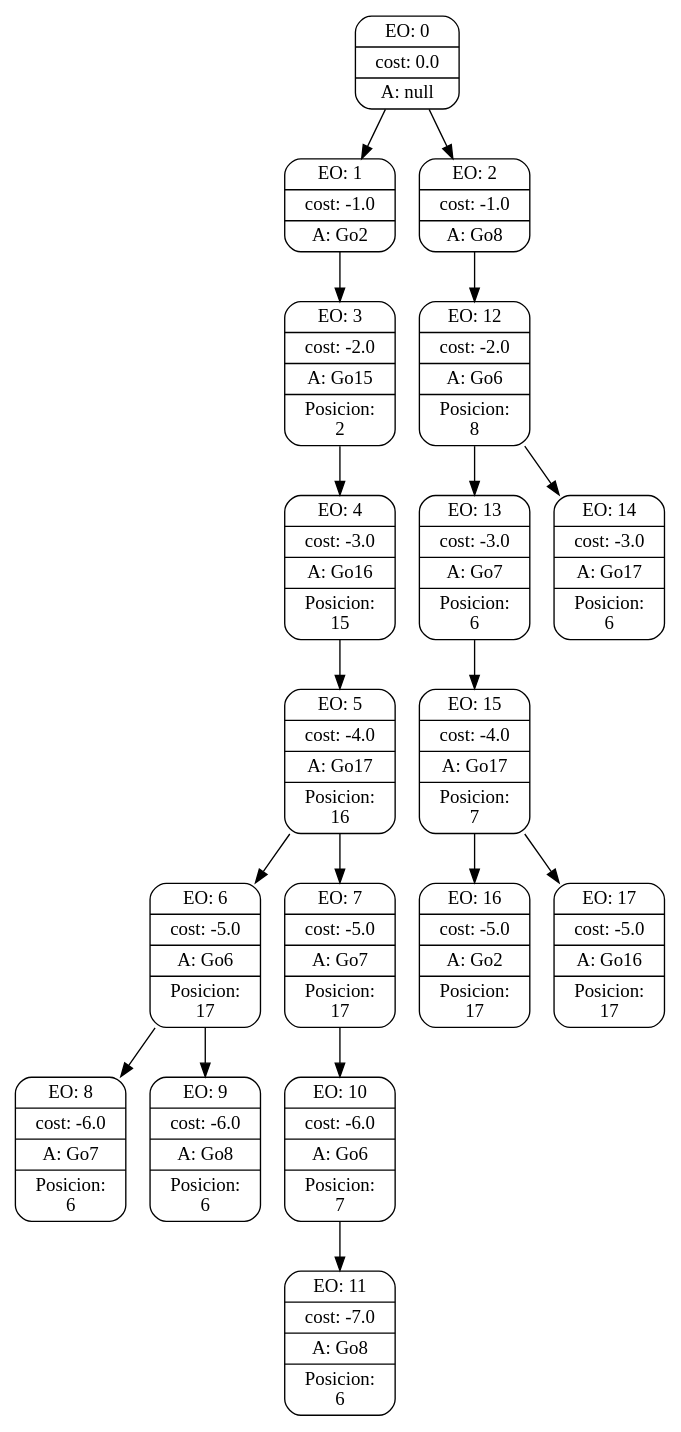
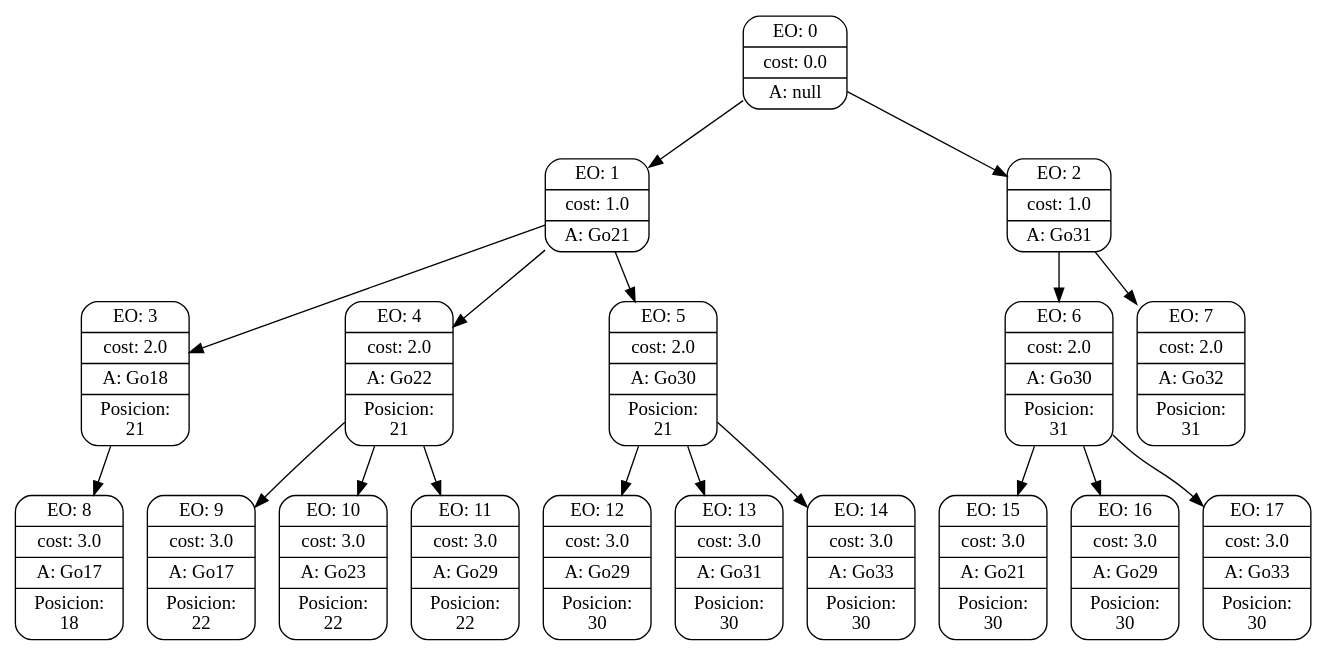
Before and after one commit to lniklison/TP-Inteligencia-artificial: the diagram in searchGVTrees/9.dot, drawn with Graphviz. The commit also changed 26 other files, not shown here.

```diff
--- a/searchGVTrees/9.dot
+++ b/searchGVTrees/9.dot
@@ -1,57 +1,57 @@
 digraph g {
 node [shape = Mrecord];
 nodo0[label="{EO: 0|cost: 0.0|A: null}"]
-nodo1[label="{EO: 1|cost: -1.0|A: Go2}"]
-nodo3[label="{EO: 3|cost: -2.0|A: Go15|Posicion:\n2}"]
-nodo4[label="{EO: 4|cost: -3.0|A: Go16|Posicion:\n15}"]
-nodo5[label="{EO: 5|cost: -4.0|A: Go17|Posicion:\n16}"]
-nodo6[label="{EO: 6|cost: -5.0|A: Go6|Posicion:\n17}"]
-nodo8[label="{EO: 8|cost: -6.0|A: Go7|Posicion:\n6}"]
+nodo1[label="{EO: 1|cost: 1.0|A: Go21}"]
+nodo3[label="{EO: 3|cost: 2.0|A: Go18|Posicion:\n21}"]
+nodo8[label="{EO: 8|cost: 3.0|A: Go17|Posicion:\n18}"]
 
-nodo6 -> nodo8;
-nodo9[label="{EO: 9|cost: -6.0|A: Go8|Posicion:\n6}"]
-
-nodo6 -> nodo9;
-
-nodo5 -> nodo6;
-nodo7[label="{EO: 7|cost: -5.0|A: Go7|Posicion:\n17}"]
-nodo10[label="{EO: 10|cost: -6.0|A: Go6|Posicion:\n7}"]
-nodo11[label="{EO: 11|cost: -7.0|A: Go8|Posicion:\n6}"]
-
-nodo10 -> nodo11;
-
-nodo7 -> nodo10;
-
-nodo5 -> nodo7;
-
-nodo4 -> nodo5;
-
-nodo3 -> nodo4;
+nodo3 -> nodo8;
 
 nodo1 -> nodo3;
+nodo4[label="{EO: 4|cost: 2.0|A: Go22|Posicion:\n21}"]
+nodo9[label="{EO: 9|cost: 3.0|A: Go17|Posicion:\n22}"]
+
+nodo4 -> nodo9;
+nodo10[label="{EO: 10|cost: 3.0|A: Go23|Posicion:\n22}"]
+
+nodo4 -> nodo10;
+nodo11[label="{EO: 11|cost: 3.0|A: Go29|Posicion:\n22}"]
+
+nodo4 -> nodo11;
+
+nodo1 -> nodo4;
+nodo5[label="{EO: 5|cost: 2.0|A: Go30|Posicion:\n21}"]
+nodo12[label="{EO: 12|cost: 3.0|A: Go29|Posicion:\n30}"]
+
+nodo5 -> nodo12;
+nodo13[label="{EO: 13|cost: 3.0|A: Go31|Posicion:\n30}"]
+
+nodo5 -> nodo13;
+nodo14[label="{EO: 14|cost: 3.0|A: Go33|Posicion:\n30}"]
+
+nodo5 -> nodo14;
+
+nodo1 -> nodo5;
 
 nodo0 -> nodo1;
-nodo2[label="{EO: 2|cost: -1.0|A: Go8}"]
-nodo12[label="{EO: 12|cost: -2.0|A: Go6|Posicion:\n8}"]
-nodo13[label="{EO: 13|cost: -3.0|A: Go7|Posicion:\n6}"]
-nodo15[label="{EO: 15|cost: -4.0|A: Go17|Posicion:\n7}"]
-nodo16[label="{EO: 16|cost: -5.0|A: Go2|Posicion:\n17}"]
+nodo2[label="{EO: 2|cost: 1.0|A: Go31}"]
+nodo6[label="{EO: 6|cost: 2.0|A: Go30|Posicion:\n31}"]
+nodo15[label="{EO: 15|cost: 3.0|A: Go21|Posicion:\n30}"]
 
-nodo15 -> nodo16;
-nodo17[label="{EO: 17|cost: -5.0|A: Go16|Posicion:\n17}"]
+nodo6 -> nodo15;
+nodo16[label="{EO: 16|cost: 3.0|A: Go29|Posicion:\n30}"]
 
-nodo15 -> nodo17;
+nodo6 -> nodo16;
+nodo17[label="{EO: 17|cost: 3.0|A: Go33|Posicion:\n30}"]
 
-nodo13 -> nodo15;
+nodo6 -> nodo17;
 
-nodo12 -> nodo13;
-nodo14[label="{EO: 14|cost: -3.0|A: Go17|Posicion:\n6}"]
+nodo2 -> nodo6;
+nodo7[label="{EO: 7|cost: 2.0|A: Go32|Posicion:\n31}"]
 
-nodo12 -> nodo14;
-
-nodo2 -> nodo12;
+nodo2 -> nodo7;
 
 nodo0 -> nodo2;
 
 
 }
```
